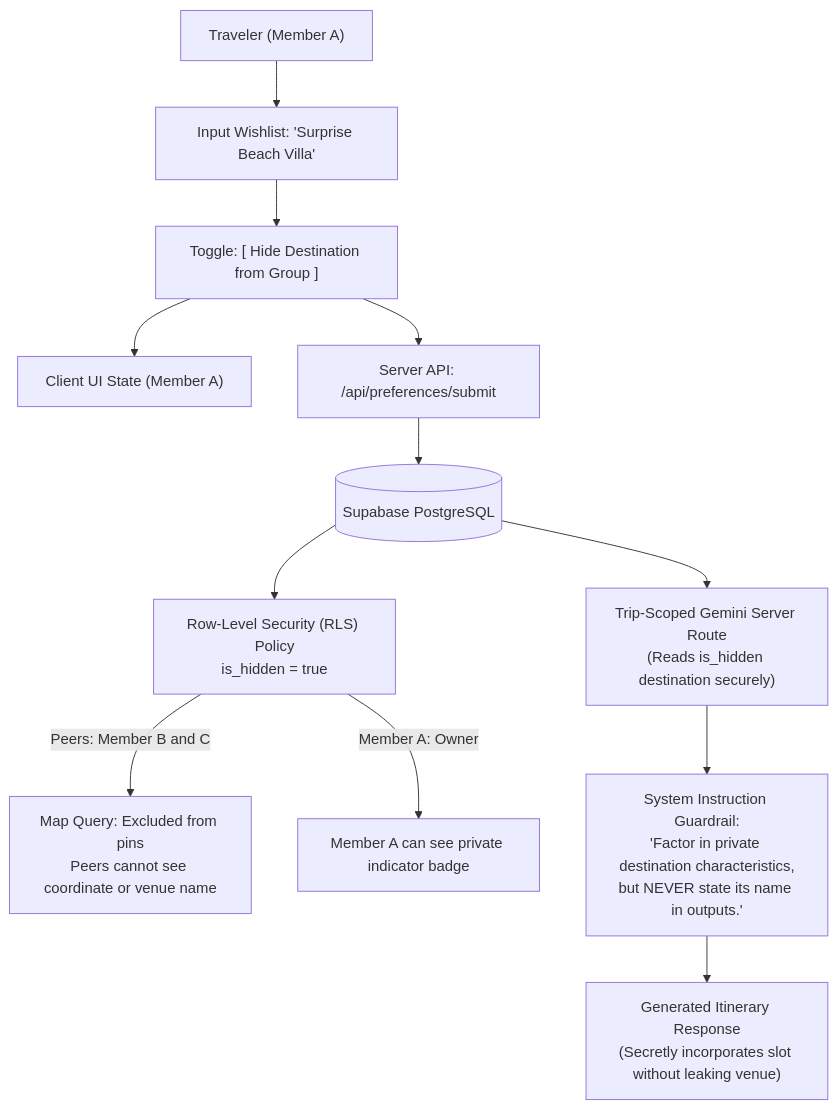
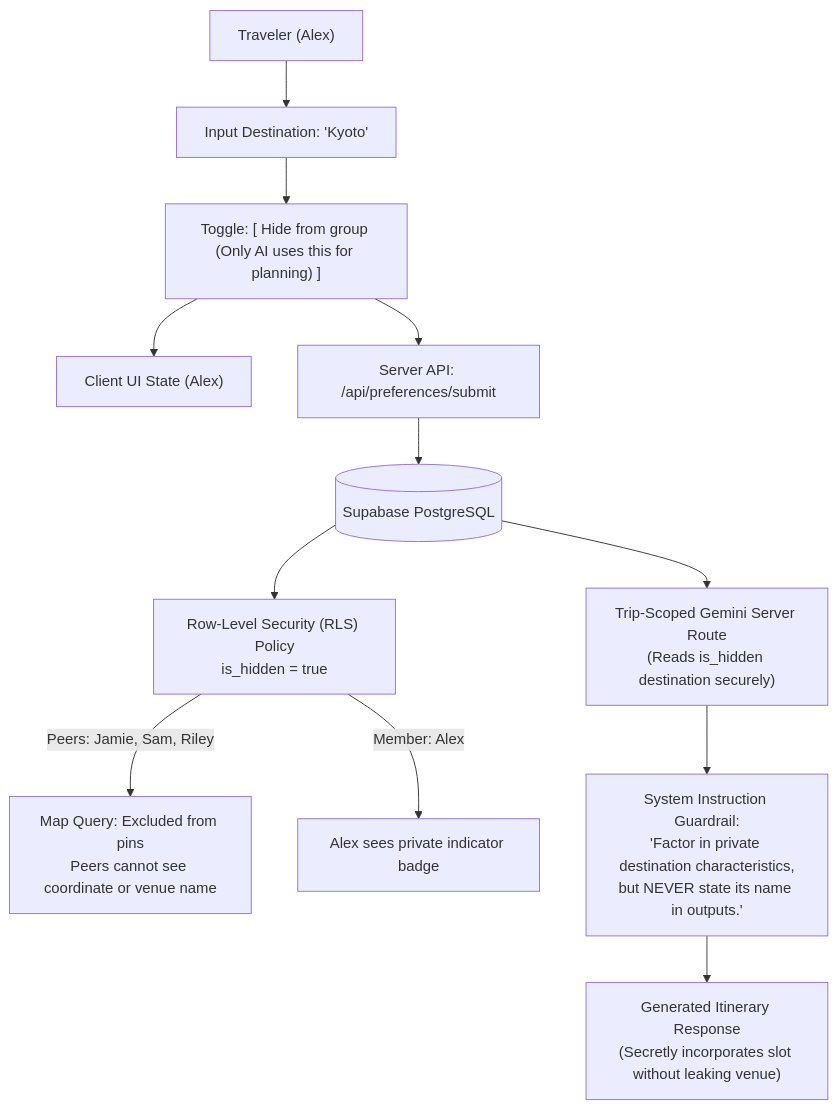
One commit to nlzce/We-are-the-champions_Plan-B changed the fifth of 15 diagrams in README.md. Above: the diagram before and after it, drawn with Mermaid. The commit also changed other lines of this file, not shown here.

Commit message:
docs: align README structure, key screens, and user flow exactly with Figma UI design

````diff
--- a/README.md
+++ b/README.md
@@ -309,18 +312,18 @@
 ```mermaid
 flowchart TD
-  User["Traveler (Member A)"] --> InputDest["Input Wishlist: 'Surprise Beach Villa'"]
-  InputDest --> Toggle["Toggle: [ Hide Destination from Group ]"]
+  User["Traveler (Alex)"] --> InputDest["Input Destination: 'Kyoto'"]
+  InputDest --> Toggle["Toggle: [ Hide from group (Only AI uses this for planning) ]"]
   
-  Toggle --> ClientUI["Client UI State (Member A)"]
+  Toggle --> ClientUI["Client UI State (Alex)"]
   Toggle --> ServerAPI["Server API: /api/preferences/submit"]
 
   ServerAPI --> DB[(Supabase PostgreSQL)]
   DB --> RLS["Row-Level Security (RLS) Policy<br/>is_hidden = true"]
 
-  RLS -->|Peers: Member B and C| BlockPeers["Map Query: Excluded from pins<br/>Peers cannot see coordinate or venue name"]
-  RLS -->|Member A: Owner| AllowOwner["Member A can see private indicator badge"]
+  RLS -->|Peers: Jamie, Sam, Riley| BlockPeers["Map Query: Excluded from pins<br/>Peers cannot see coordinate or venue name"]
+  RLS -->|Member: Alex| AllowOwner["Alex sees private indicator badge"]
 
   DB --> ServerGemini["Trip-Scoped Gemini Server Route<br/>(Reads is_hidden destination securely)"]
   ServerGemini --> Prompt["System Instruction Guardrail:<br/>'Factor in private destination characteristics,<br/>but NEVER state its name in outputs.'"]
   Prompt --> ItineraryOut["Generated Itinerary Response<br/>(Secretly incorporates slot without leaking venue)"]
 ```
````
